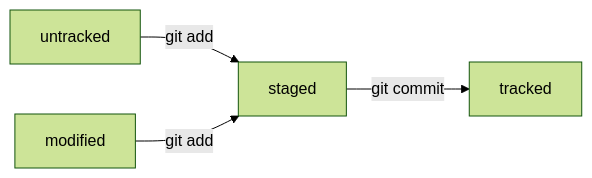
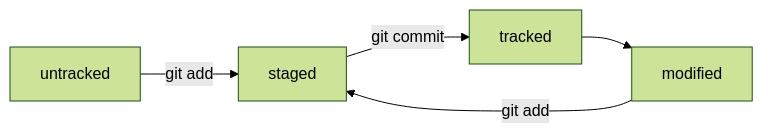
Before and after one commit to Suren73/second-project: the diagram in README.md, drawn with Mermaid (forest theme).

Commit message:
Добавить mermaid-схему

````diff
--- a/README.md
+++ b/README.md
@@ -222,6 +222,7 @@
 ```mermaid
 graph LR;
 A[untracked] -- "git add" --> C[staged]
 B[modified] -- "git add" --> C[staged]
 C[staged] -- "git commit" --> D[tracked]
+D[tracked] --> B[modified]
 ```
````
